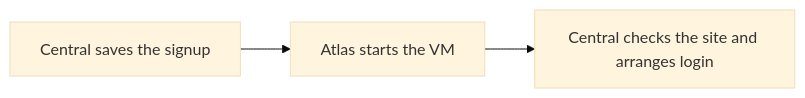
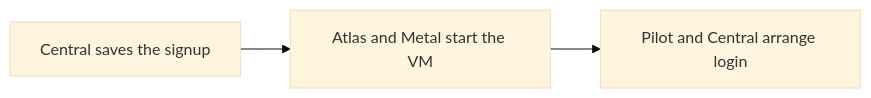
One commit to frappe/platform changed the diagram in docs/content/journeys/signup.md. Above: the diagram before and after it, drawn with Mermaid (base theme). The commit also changed other lines of this file and 20 other files, not shown here.

````diff
--- a/docs/content/journeys/signup.md
+++ b/docs/content/journeys/signup.md
@@ -7,5 +7,5 @@
 ```mermaid
 flowchart LR
-  Request[Central saves the signup] --> Start[Atlas starts the VM]
-  Start --> Login[Central checks the site and arranges login]
+  Request[Central saves the signup] --> Start[Atlas and Metal start the VM]
+  Start --> Login[Pilot and Central arrange login]
 ```
````
